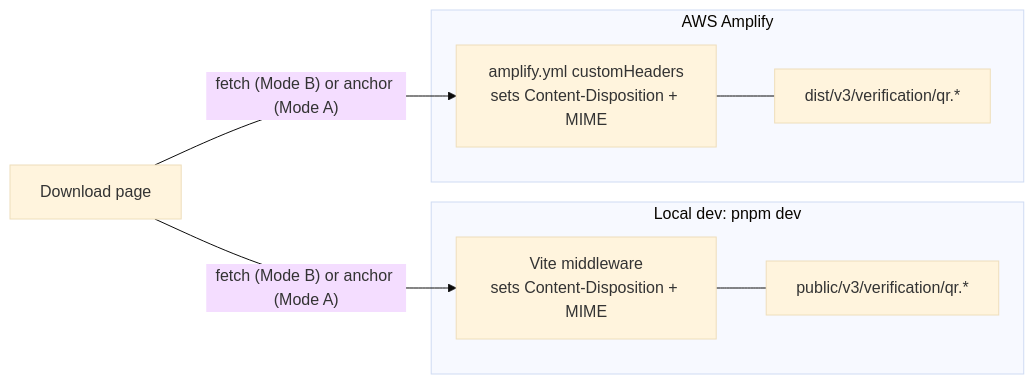
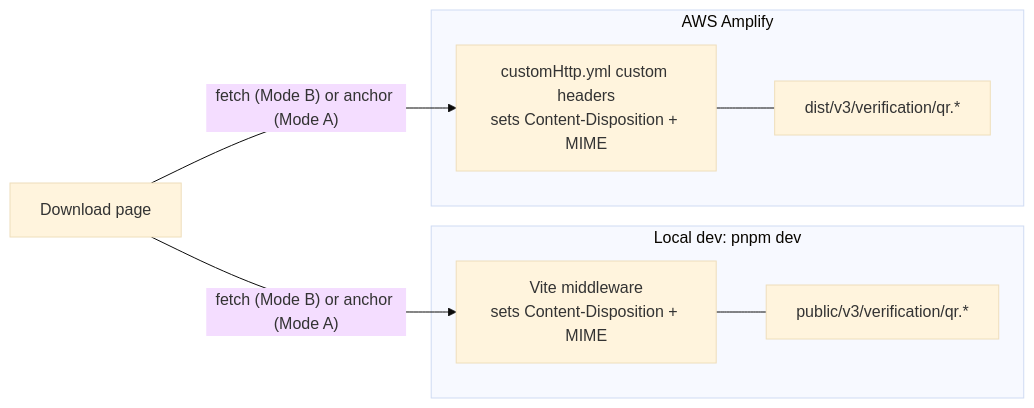
Before and after one commit to rakuya-khun/file-download-ios-simulation: the fifth of 5 diagrams in docs/download-flow.md, drawn with Mermaid (base theme). The commit also changed other lines of this file and 3 other files, not shown here.

Commit message:
fix: move custom headers to customHttp.yml for Amplify

````diff
--- a/docs/download-flow.md
+++ b/docs/download-flow.md
@@ -194,19 +194,19 @@
 ```mermaid
 flowchart LR
     Page["Download page"]
 
     subgraph Dev["Local dev: pnpm dev"]
         VM["Vite middleware<br/>sets Content-Disposition + MIME"]
         PF["public/v3/verification/qr.*"]
         VM --- PF
     end
 
     subgraph Prod["AWS Amplify"]
-        AH["amplify.yml customHeaders<br/>sets Content-Disposition + MIME"]
+        AH["customHttp.yml custom headers<br/>sets Content-Disposition + MIME"]
         DF["dist/v3/verification/qr.*"]
         AH --- DF
     end
 
     Page -->|"fetch (Mode B) or anchor (Mode A)"| VM
     Page -->|"fetch (Mode B) or anchor (Mode A)"| AH
 ```
````
